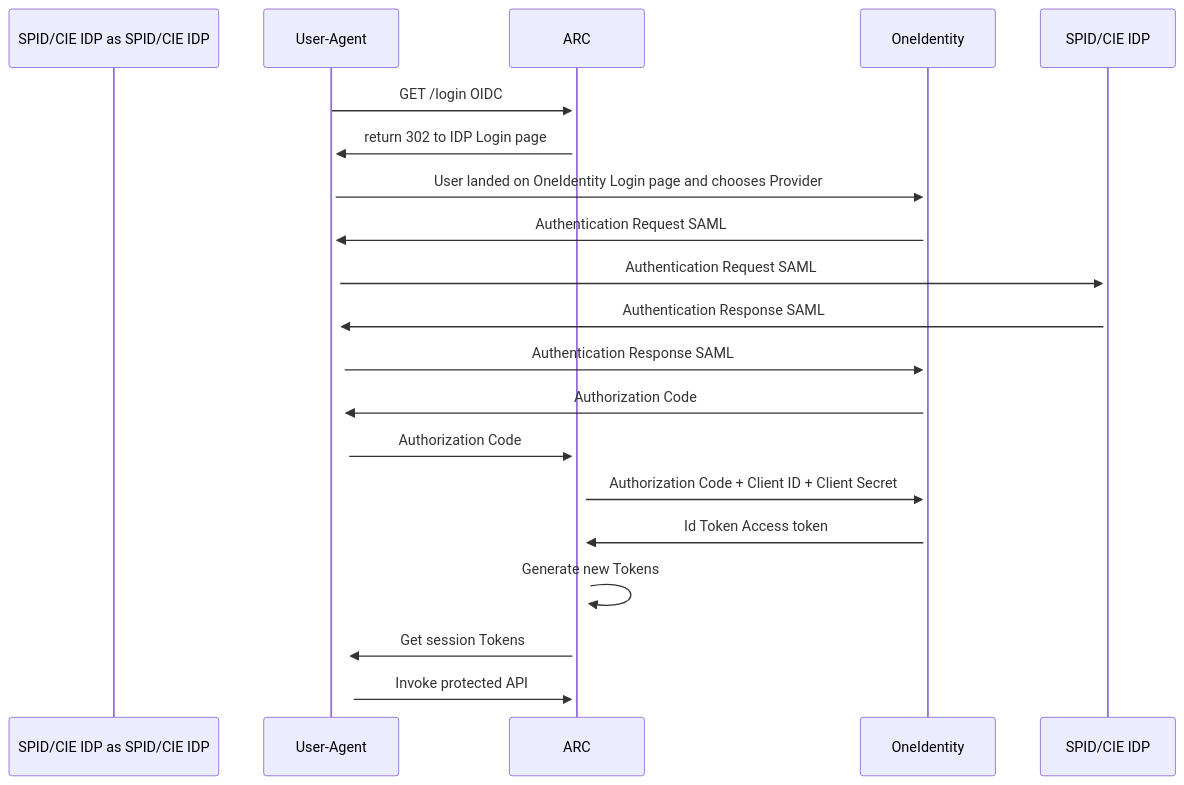
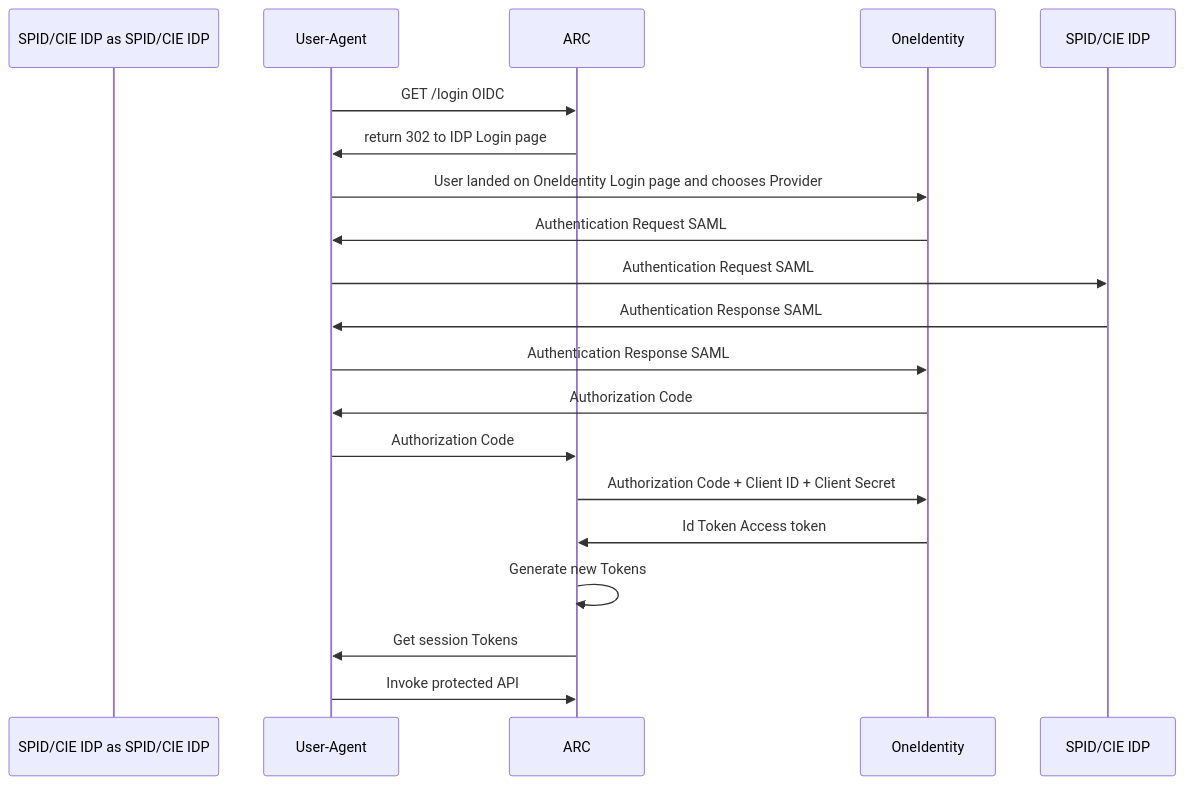
One commit to pagopa/p4pa-doc changed the diagram in design/arc/oneidentity-integration/sequence_diagram_authentication.mmd. Above: the diagram before and after it, drawn with Mermaid. The commit also changed 4 other files, not shown here.

Commit message:
P4PU-171 updated sequence and removed activate sign

```diff
--- a/design/arc/oneidentity-integration/sequence_diagram_authentication.mmd
+++ b/design/arc/oneidentity-integration/sequence_diagram_authentication.mmd
@@ -1,21 +1,21 @@
 sequenceDiagram
     participant SPID/CIE IDP as SPID/CIE IDP
     participant User-Agent as User-Agent
     participant ARC as ARC
     participant OneIdentity as OneIdentity
 
 
-    User-Agent ->>+ ARC: GET /login OIDC
-    ARC ->>+ User-Agent: return 302 to IDP Login page
-    User-Agent ->>+ OneIdentity: User landed on OneIdentity Login page and chooses Provider
-    OneIdentity ->>+ User-Agent: Authentication Request SAML
-    User-Agent ->>+ SPID/CIE IDP: Authentication Request SAML
-    SPID/CIE IDP ->>+ User-Agent: Authentication Response SAML
-    User-Agent ->>+ OneIdentity: Authentication Response SAML
-    OneIdentity ->>+ User-Agent: Authorization Code
-    User-Agent ->>+ ARC: Authorization Code
-    ARC ->>+ OneIdentity: Authorization Code + Client ID + Client Secret
-    OneIdentity ->>+ ARC: Id Token Access token
+    User-Agent ->> ARC: GET /login OIDC
+    ARC ->> User-Agent: return 302 to IDP Login page
+    User-Agent ->> OneIdentity: User landed on OneIdentity Login page and chooses Provider
+    OneIdentity ->> User-Agent: Authentication Request SAML
+    User-Agent ->> SPID/CIE IDP: Authentication Request SAML
+    SPID/CIE IDP ->> User-Agent: Authentication Response SAML
+    User-Agent ->> OneIdentity: Authentication Response SAML
+    OneIdentity ->> User-Agent: Authorization Code
+    User-Agent ->> ARC: Authorization Code
+    ARC ->> OneIdentity: Authorization Code + Client ID + Client Secret
+    OneIdentity ->> ARC: Id Token Access token
     ARC ->> ARC: Generate new Tokens
-    ARC ->>+ User-Agent: Get session Tokens
-    User-Agent ->>+ ARC: Invoke protected API
+    ARC ->> User-Agent: Get session Tokens
+    User-Agent ->> ARC: Invoke protected API
```
